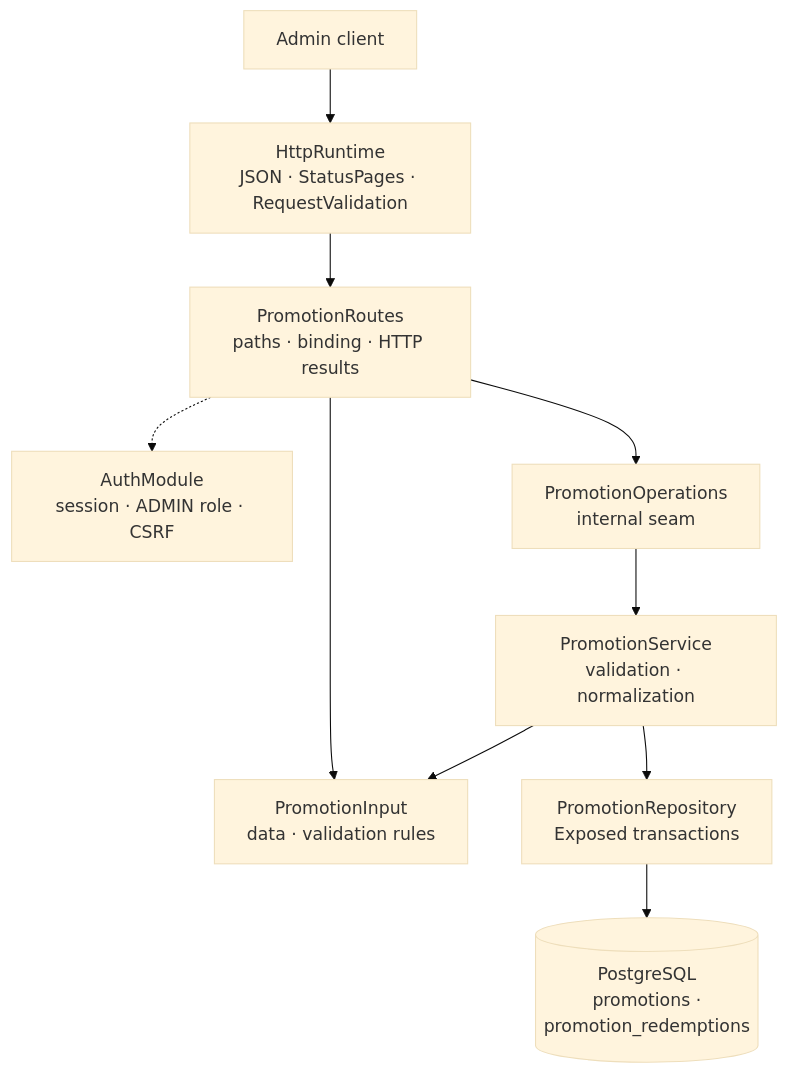
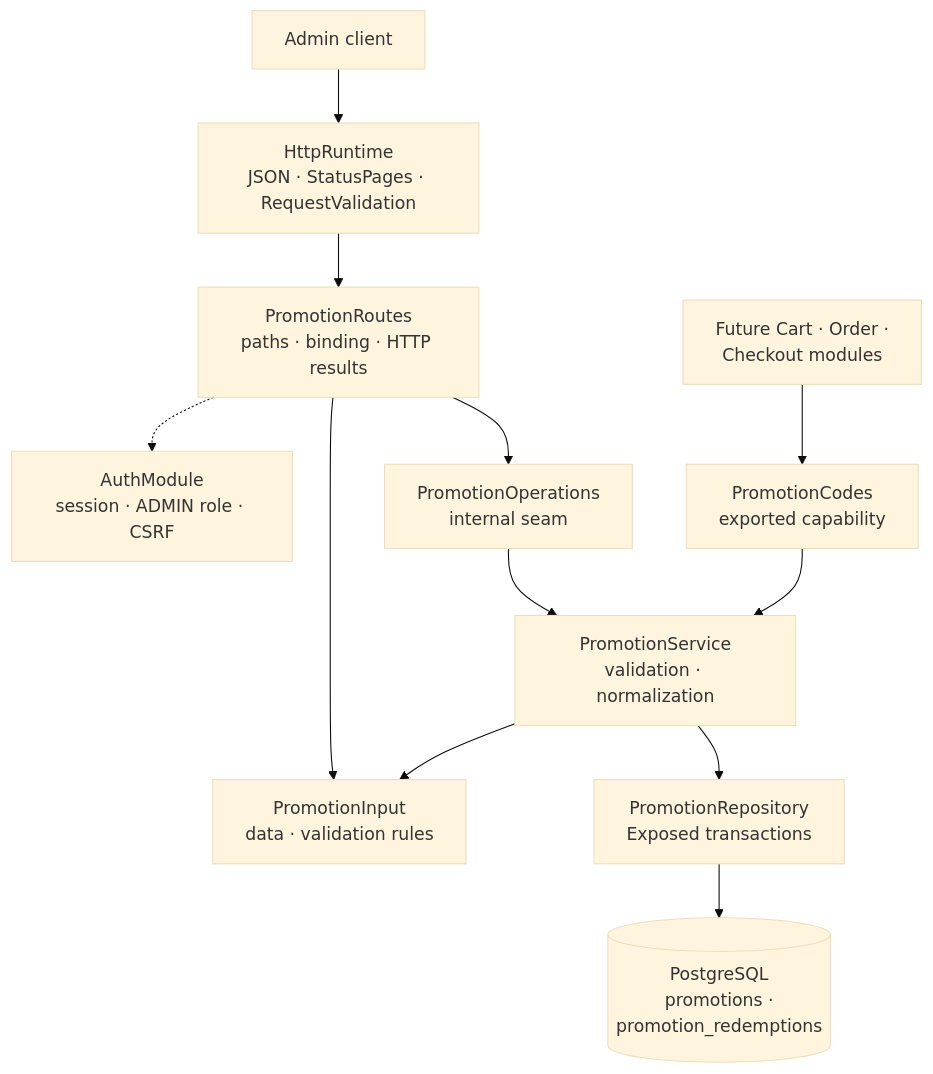
Before and after one commit to bitstorm-tech/voenix-shop-kotlin: the diagram in docs/dev/backend/promotion-package.md, drawn with Mermaid (base theme). The commit also changed other lines of this file and 10 other files, not shown here.

First line of the commit message:
Add the PromotionCodes capability with validate and redeem

````diff
--- a/docs/dev/backend/promotion-package.md
+++ b/docs/dev/backend/promotion-package.md
@@ -26,21 +26,25 @@
 ```mermaid
 flowchart TB
     Client["Admin client"]
     Http["HttpRuntime<br/>JSON · StatusPages · RequestValidation"]
     Auth["AuthModule<br/>session · ADMIN role · CSRF"]
     Routes["PromotionRoutes<br/>paths · binding · HTTP results"]
     Input["PromotionInput<br/>data · validation rules"]
     Operations["PromotionOperations<br/>internal seam"]
+    Codes["PromotionCodes<br/>exported capability"]
+    Consumer["Future Cart · Order ·<br/>Checkout modules"]
     Service["PromotionService<br/>validation · normalization"]
     Repository["PromotionRepository<br/>Exposed transactions"]
     Promotions[("PostgreSQL<br/>promotions ·<br/>promotion_redemptions")]
 
     Client --> Http --> Routes
     Routes -.-> Auth
     Routes --> Input
     Routes --> Operations
+    Consumer --> Codes
     Operations --> Service
+    Codes --> Service
     Service --> Input
     Service --> Repository
     Repository --> Promotions
 ```
````
